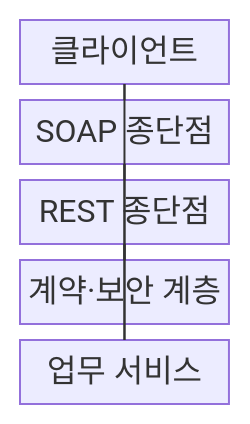
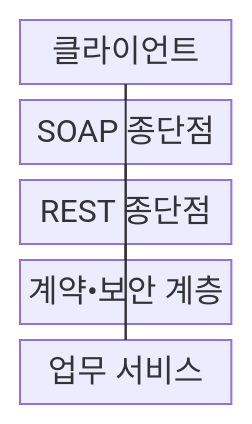
Before and after one commit to agnusdei1207/knowledge-base: the first of 2 diagrams in src/content/docs/notes/03-software/170_soap_vs_rest.md, drawn with Mermaid. The commit also changed other lines of this file and 953 other files, not shown here.

````diff
--- a/src/content/docs/notes/03-software/170_soap_vs_rest.md
+++ b/src/content/docs/notes/03-software/170_soap_vs_rest.md
@@ -69,15 +69,15 @@
 ```mermaid
 block
     columns 1
     A["클라이언트"]
     B["SOAP 종단점"]
     C["REST 종단점"]
-    D["계약·보안 계층"]
+    D["계약•보안 계층"]
     E["업무 서비스"]
     A --- B
     A --- C
     B --- D
     C --- D
     B --- E
     C --- E
 ```
````
